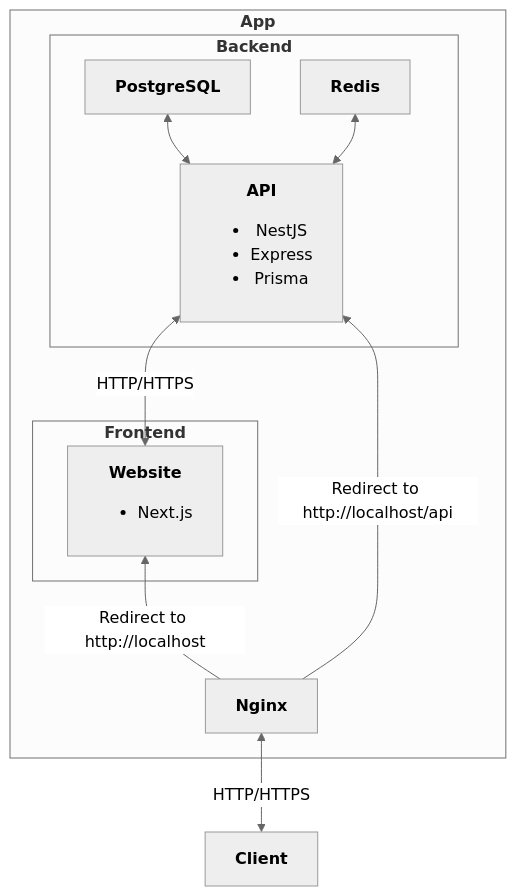
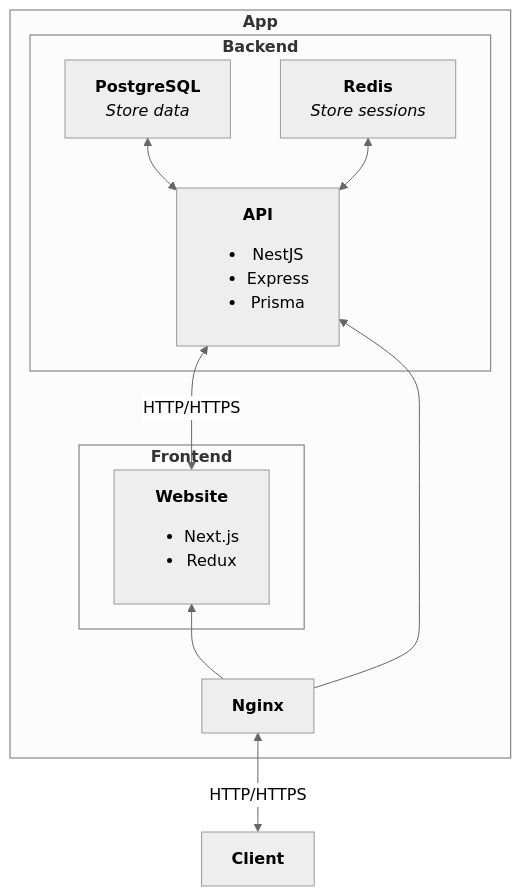
Before and after one commit to FiestaTheNewbieDev/share-ur-save: the diagram in README.md, drawn with Mermaid (neutral theme). The commit also changed other lines of this file, not shown here.

````diff
--- a/README.md
+++ b/README.md
@@ -15,24 +16,24 @@
 ```mermaid
     graph BT
         subgraph App[<b>App</b>]
             subgraph Frontend[<b>Frontend</b>]
-                Website[<b>Website</b><br /><ul><li>Next.js</li></ul>]
+                Website[<b>Website</b><br /><ul><li>Next.js</li><li>Redux</li></ul>]
             end
 
             subgraph Backend[<b>Backend</b>]
                 API[<b>API</b><br /><ul><li>NestJS</li><li>Express</li><li>Prisma</li></ul>]
-                Postgres[<b>PostgreSQL</b>]
-                Redis[<b>Redis</b>]
+                Postgres[<b>PostgreSQL</b><br /><i>Store data</i>]
+                Redis[<b>Redis</b><br /><i>Store sessions</i>]
                 API <--> Postgres
                 API <--> Redis
             end
 
             Website <-- HTTP/HTTPS --> API
             Nginx[<b>Nginx</b>]
-            Nginx -- Redirect to http://localhost/api --> API
-            Nginx -- Redirect to http://localhost --> Website
+            Nginx --> API
+            Nginx --> Website
         end
 
         Client[<b>Client</b>]
         Client <-- HTTP/HTTPS --> Nginx
 ```
````
